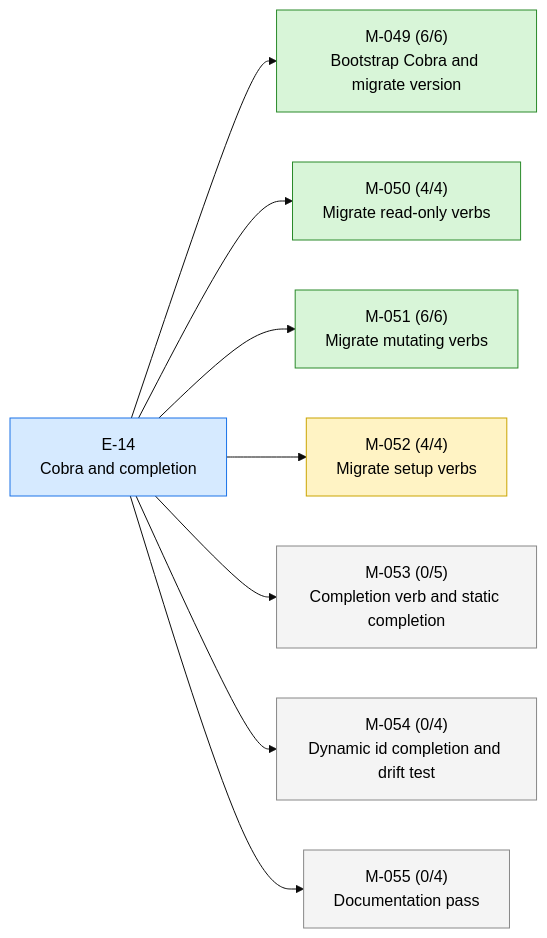
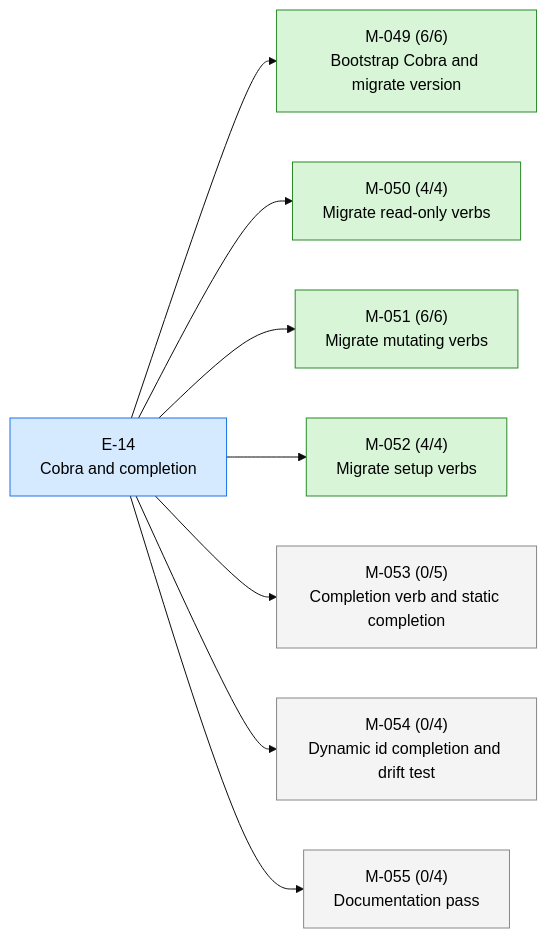
The first of 2 diagrams in STATUS.md (23min/aiwf), drawn with Mermaid (base theme) before and after one commit. The commit also changed other lines of this file and 1 other file, not shown here.

First line of the commit message:
aiwf promote M-052 in_progress -> done

````diff
--- a/STATUS.md
+++ b/STATUS.md
@@ -17,24 +17,24 @@
 ```mermaid
 flowchart LR
   E_14["E-14<br/>Cobra and completion"]:::epic_active
   M_049["M-049 (6/6)<br/>Bootstrap Cobra and migrate version"]:::ms_done
   E_14 --> M_049
   M_050["M-050 (4/4)<br/>Migrate read-only verbs"]:::ms_done
   E_14 --> M_050
   M_051["M-051 (6/6)<br/>Migrate mutating verbs"]:::ms_done
   E_14 --> M_051
-  M_052["M-052 (4/4)<br/>Migrate setup verbs"]:::ms_in_progress
+  M_052["M-052 (4/4)<br/>Migrate setup verbs"]:::ms_done
   E_14 --> M_052
   M_053["M-053 (0/5)<br/>Completion verb and static completion"]:::ms_draft
   E_14 --> M_053
   M_054["M-054 (0/4)<br/>Dynamic id completion and drift test"]:::ms_draft
   E_14 --> M_054
   M_055["M-055 (0/4)<br/>Documentation pass"]:::ms_draft
   E_14 --> M_055
   classDef epic_active fill:#d6eaff,stroke:#1a73e8,color:#000
   classDef epic_proposed fill:#f4f4f4,stroke:#888,color:#000
   classDef ms_done fill:#d8f5d8,stroke:#2a8a2a,color:#000
   classDef ms_in_progress fill:#fff3c4,stroke:#caa400,color:#000
   classDef ms_draft fill:#f4f4f4,stroke:#888,color:#000
   classDef ms_cancelled fill:#fbeaea,stroke:#c33,color:#000
 ```
````
